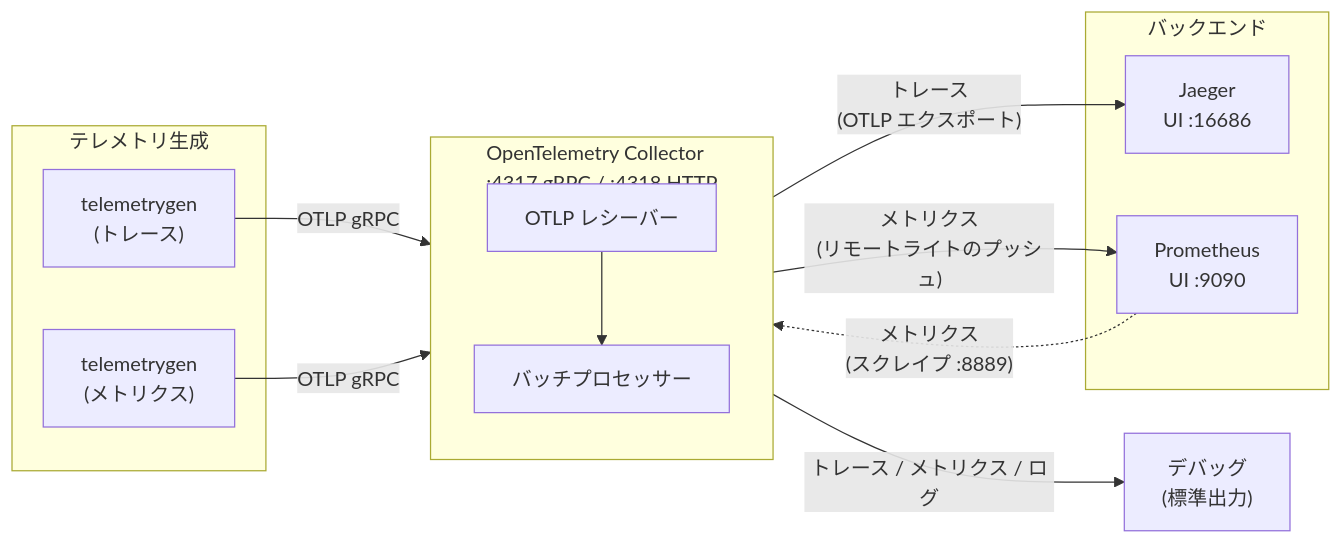
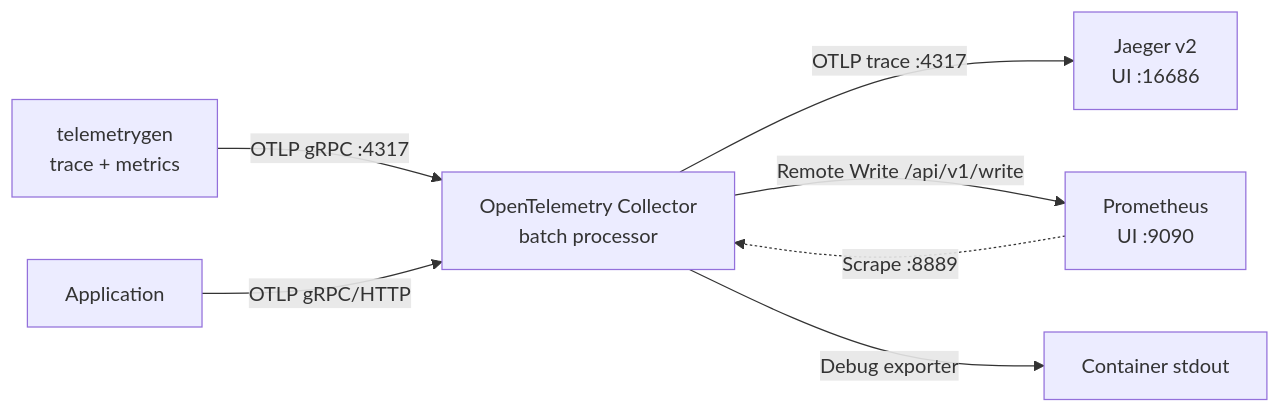
Before and after one commit to ks6088ts/template-terraform: the diagram in infra/scenarios/azure_kubernetes_playground/examples/otel_local/README.ja.md, drawn with Mermaid. The commit also changed other lines of this file and 28 other files, not shown here.

First line of the commit message:
Enhance OpenTelemetry Kubernetes and Local Deployments

````diff
--- a/infra/scenarios/azure_kubernetes_playground/examples/otel_local/README.ja.md
+++ b/infra/scenarios/azure_kubernetes_playground/examples/otel_local/README.ja.md
@@ -11,27 +24,9 @@
 ```mermaid
 flowchart LR
-    subgraph Generators["テレメトリ生成"]
-        GenTraces["telemetrygen<br/>(トレース)"]
-        GenMetrics["telemetrygen<br/>(メトリクス)"]
-    end
-
-    subgraph Collector["OpenTelemetry Collector<br/>:4317 gRPC / :4318 HTTP"]
-        direction TB
-        OTLP_IN["OTLP レシーバー"]
-        Batch["バッチプロセッサー"]
-        OTLP_IN --> Batch
-    end
-
-    subgraph Backends["バックエンド"]
-        Jaeger["Jaeger<br/>UI :16686"]
-        Prometheus["Prometheus<br/>UI :9090"]
-    end
-
-    GenTraces -- "OTLP gRPC" --> OTLP_IN
-    GenMetrics -- "OTLP gRPC" --> OTLP_IN
-
-    Batch -- "トレース<br/>(OTLP エクスポート)" --> Jaeger
-    Batch -- "メトリクス<br/>(リモートライトのプッシュ)" --> Prometheus
-    Prometheus -. "メトリクス<br/>(スクレイプ :8889)" .-> Batch
-    Batch -- "トレース / メトリクス / ログ" --> Debug["デバッグ<br/>(標準出力)"]
+    TG["telemetrygen<br/>trace + metrics"] -->|OTLP gRPC :4317| COL["OpenTelemetry Collector<br/>batch processor"]
+    APP["Application"] -->|OTLP gRPC/HTTP| COL
+    COL -->|OTLP trace :4317| J["Jaeger v2<br/>UI :16686"]
+    COL -->|Remote Write /api/v1/write| P["Prometheus<br/>UI :9090"]
+    P -.->|Scrape :8889| COL
+    COL -->|Debug exporter| LOG["Container stdout"]
 ```
````
